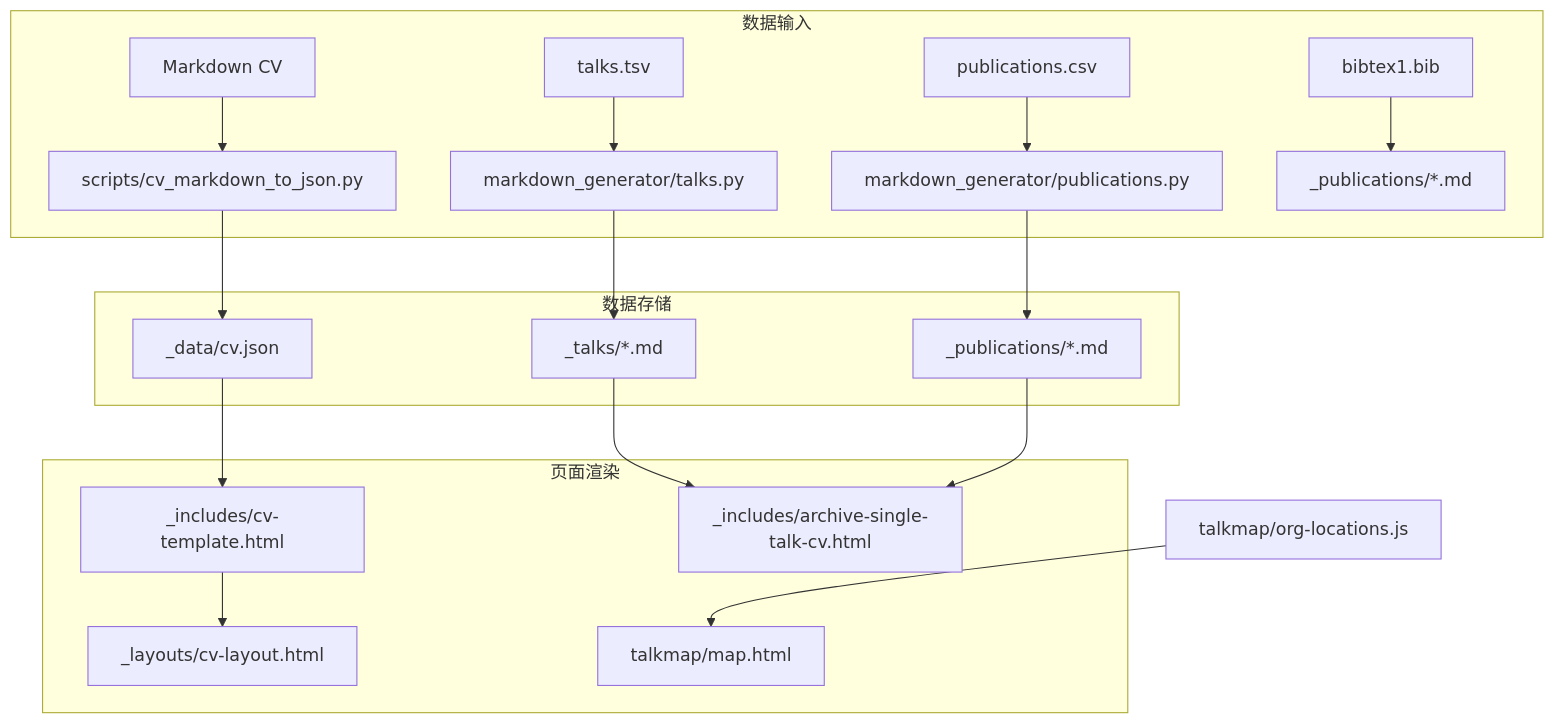
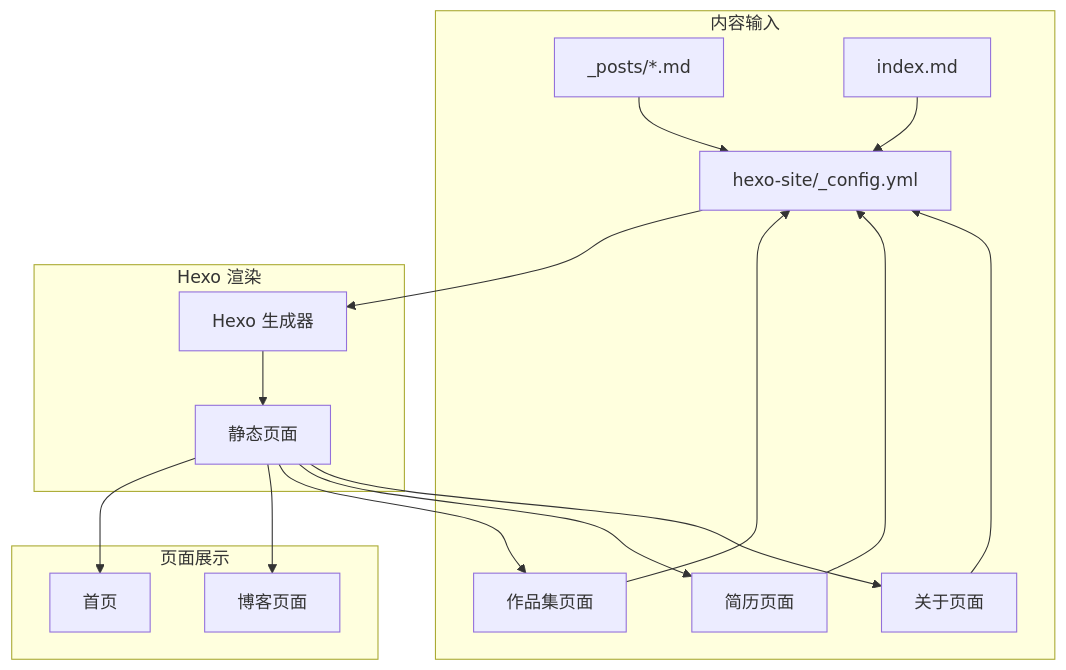
The second of 5 diagrams in .qoder/repowiki/zh/content/学术功能模块/学术功能模块.md (CoolPig0720/CoolPig0720.github.io), drawn with Mermaid before and after one commit. The commit also changed other lines of this file and 36 other files, not shown here.

````diff
--- a/.qoder/repowiki/zh/content/学术功能模块/学术功能模块.md
+++ b/.qoder/repowiki/zh/content/学术功能模块/学术功能模块.md
@@ -103,28 +89,21 @@
 ```mermaid
 graph TB
-subgraph "数据输入"
-MD["Markdown CV"] --> Tool["scripts/cv_markdown_to_json.py"]
-CSV["publications.csv"] --> PubGen["markdown_generator/publications.py"]
-TSV["talks.tsv"] --> TalkGen["markdown_generator/talks.py"]
-Bib["bibtex1.bib"] --> PubMD["_publications/*.md"]
+subgraph "内容输入"
+Posts["_posts/*.md"] --> Config["hexo-site/_config.yml"]
+Portfolio["portfolio/index.md"] --> Config
+CV["cv/index.md"] --> Config
+About["about/index.md"] --> Config
+Index["index.md"] --> Config
 end
-subgraph "数据存储"
-JSONCV["_data/cv.json"]
-PUBMD["_publications/*.md"]
-TALKMD["_talks/*.md"]
+subgraph "Hexo 渲染"
+Config --> Generator["Hexo 生成器"]
+Generator --> Static["静态页面"]
 end
-subgraph "页面渲染"
-CVLayout["_layouts/cv-layout.html"]
-CVTemplate["_includes/cv-template.html"]
-TalkList["_includes/archive-single-talk-cv.html"]
-MapPage["talkmap/map.html"]
+subgraph "页面展示"
+Static --> Home["首页"]
+Static --> Blog["博客页面"]
+Static --> Portfolio["作品集页面"]
+Static --> CV["简历页面"]
+Static --> About["关于页面"]
 end
-Tool --> JSONCV
-PubGen --> PUBMD
-TalkGen --> TALKMD
-JSONCV --> CVTemplate
-CVTemplate --> CVLayout
-TALKMD --> TalkList
-PUBMD --> TalkList
-OrgLoc["talkmap/org-locations.js"] --> MapPage
 ```
````
